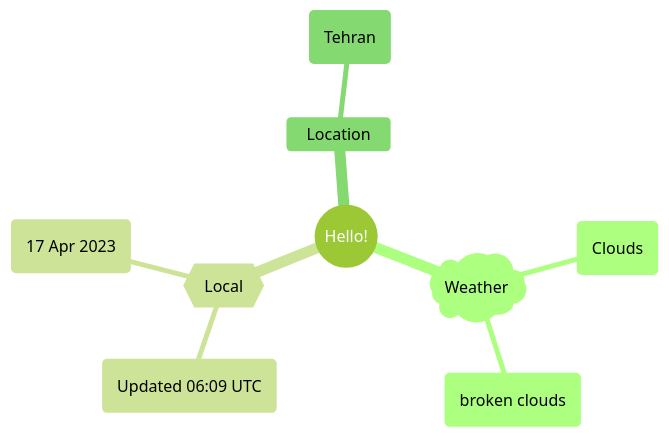
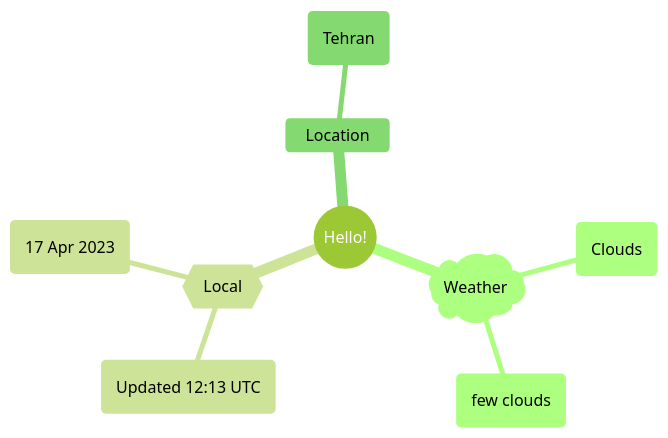
The first of 2 diagrams in README.md (Xosrov/Xosrov), drawn with Mermaid (forest theme) before and after one commit.

Commit message:
[bot] updated images

````diff
--- a/README.md
+++ b/README.md
@@ -3,12 +3,12 @@
 ```mermaid
 mindmap
   root((Hello!))
     )Weather(
         (Clouds)
-        (broken clouds)
+        (few clouds)
     {{Local}}
-        (Updated 06:09 UTC)
+        (Updated 12:13 UTC)
         (17 Apr 2023)
     Location
         (Tehran)
 ```
````
